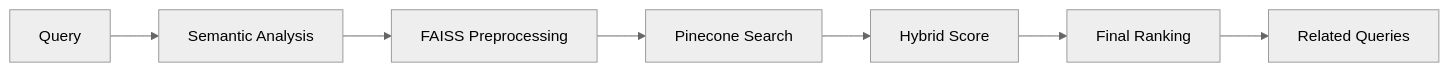
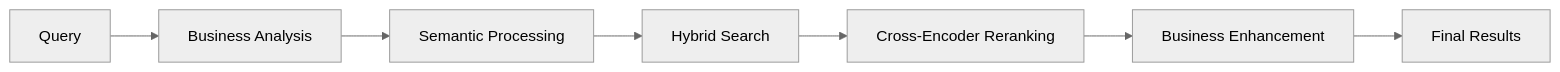
One commit to felipepimentel/plexure-api-search changed the first of 4 diagrams in README.md. Above: the diagram before and after it, drawn with Mermaid (neutral theme). The commit also changed other lines of this file and 39 other files, not shown here.

````diff
--- a/README.md
+++ b/README.md
@@ -20,9 +41,9 @@
 ```mermaid
 graph LR
-    A[Query] --> B[Semantic Analysis]
-    B --> C[FAISS Preprocessing]
-    C --> D[Pinecone Search]
-    D --> E[Hybrid Score]
-    E --> F[Final Ranking]
-    F --> G[Related Queries]
+    A[Query] --> B[Business Analysis]
+    B --> C[Semantic Processing]
+    C --> D[Hybrid Search]
+    D --> E[Cross-Encoder Reranking]
+    E --> F[Business Enhancement]
+    F --> G[Final Results]
 ```
````
